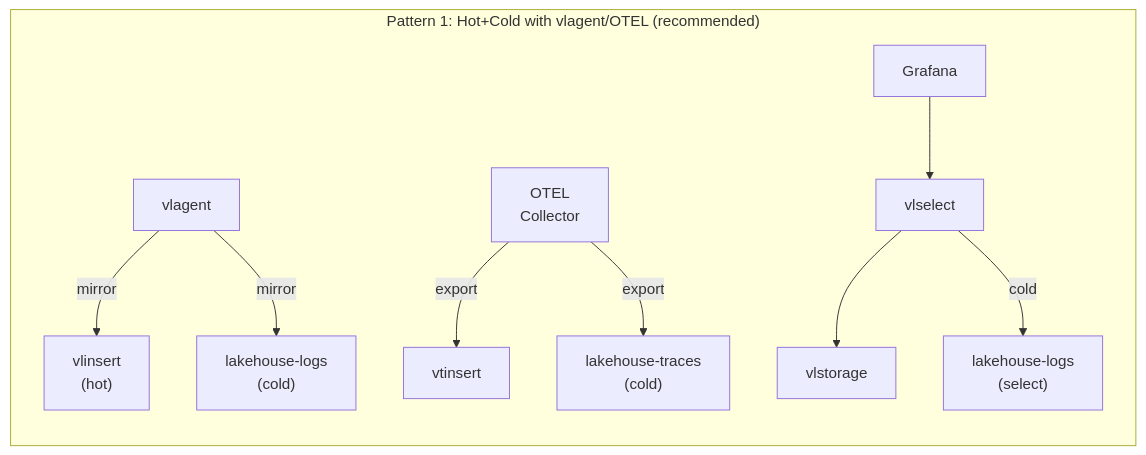
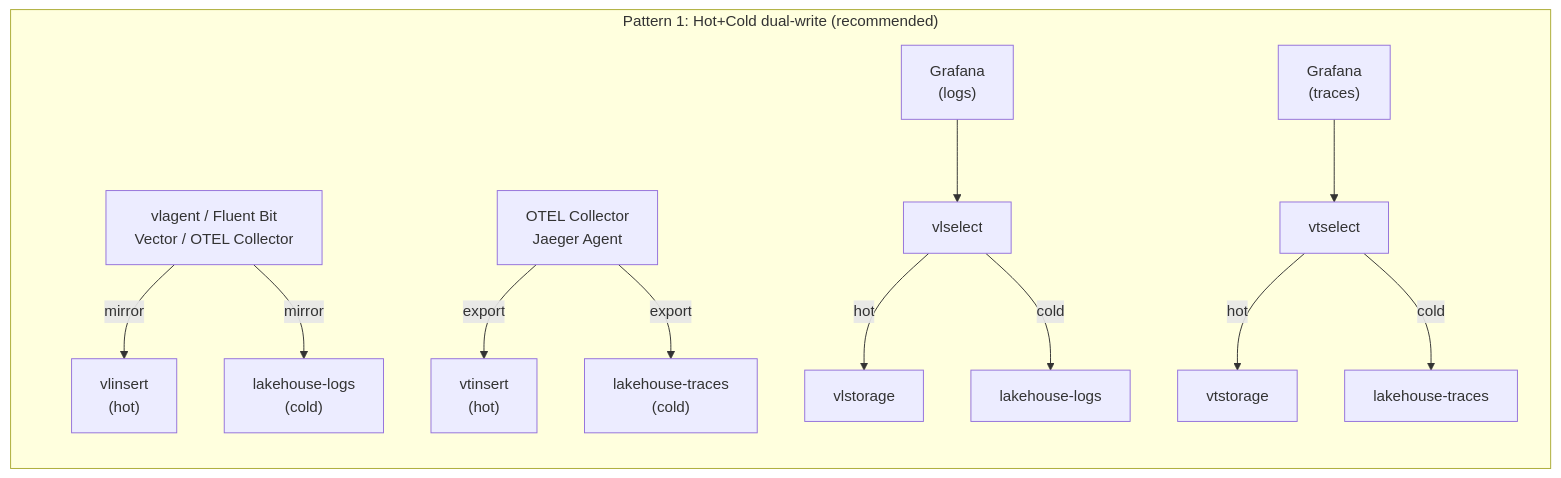
The fourth of 10 diagrams in README.md (ReliablyObserve/victoria-lakehouse), drawn with Mermaid before and after one commit. The commit also changed other lines of this file and 29 other files, not shown here.

First line of the commit message:
feat: multi-level select, analytics datasources, hot+cold architecture (#46)

````diff
--- a/README.md
+++ b/README.md
@@ -218,12 +226,15 @@
 ```mermaid
 graph LR
-    subgraph "Pattern 1: Hot+Cold with vlagent/OTEL (recommended)"
-        VA["vlagent"] -->|mirror| VLI["vlinsert<br/>(hot)"]
+    subgraph "Pattern 1: Hot+Cold dual-write (recommended)"
+        VA["vlagent / Fluent Bit<br/>Vector / OTEL Collector"] -->|mirror| VLI["vlinsert<br/>(hot)"]
         VA -->|mirror| LHL["lakehouse-logs<br/>(cold)"]
-        OC["OTEL<br/>Collector"] -->|export| VTI["vtinsert"]
+        OC["OTEL Collector<br/>Jaeger Agent"] -->|export| VTI["vtinsert<br/>(hot)"]
         OC -->|export| LHT["lakehouse-traces<br/>(cold)"]
-        G1["Grafana"] --> VS1["vlselect"]
-        VS1 --> VLS1["vlstorage"]
-        VS1 -->|cold| LHLS["lakehouse-logs<br/>(select)"]
+        G1L["Grafana<br/>(logs)"] --> VLS1["vlselect"]
+        VLS1 -->|hot| VLSTO1["vlstorage"]
+        VLS1 -->|cold| LHLS["lakehouse-logs"]
+        G1T["Grafana<br/>(traces)"] --> VTS1["vtselect"]
+        VTS1 -->|hot| VTSTO1["vtstorage"]
+        VTS1 -->|cold| LHTS["lakehouse-traces"]
     end
 ```
````
